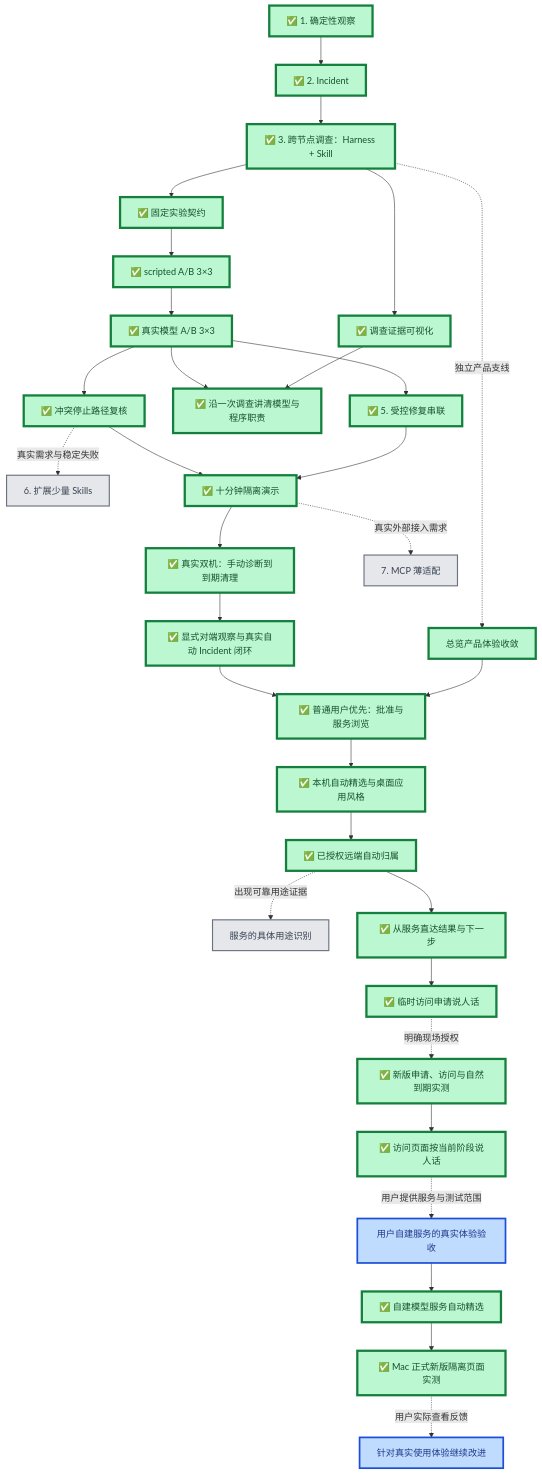
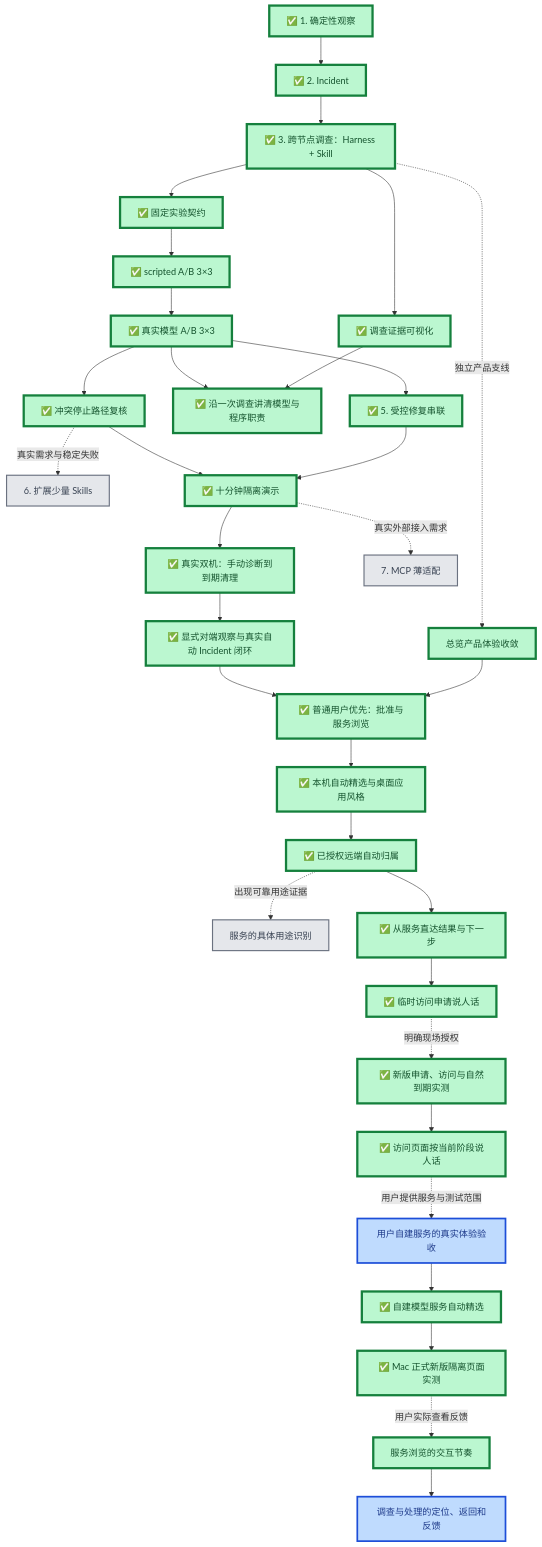
The first of 2 diagrams in docs/project/roadmap.md (Sugarfarmeriod/TunnelMinion), drawn with Mermaid before and after one commit. The commit also changed other lines of this file and 5 other files, not shown here.

````diff
--- a/docs/project/roadmap.md
+++ b/docs/project/roadmap.md
@@ -8,58 +8,60 @@
 ```mermaid
 flowchart TB
     A["✅ 1. 确定性观察"] --> B["✅ 2. Incident"]
     B --> C["✅ 3. 跨节点调查：Harness + Skill"]
 
     C --> D1["✅ 固定实验契约"]
     D1 --> D2["✅ scripted A/B 3×3"]
     D2 --> D3["✅ 真实模型 A/B 3×3"]
 
     D3 --> E["✅ 5. 受控修复串联"]
     C --> V["✅ 调查证据可视化"]
     V --> W["✅ 沿一次调查讲清模型与程序职责"]
     D3 --> W
     D3 --> F["✅ 冲突停止路径复核"]
     F -.真实需求与稳定失败.-> K["6. 扩展少量 Skills"]
     E --> H["✅ 十分钟隔离演示"]
     F --> H
     H --> R["✅ 真实双机：手动诊断到到期清理"]
     R --> I["✅ 显式对端观察与真实自动 Incident 闭环"]
     H -.真实外部接入需求.-> G["7. MCP 薄适配"]
 
     C -.独立产品支线.-> U["总览产品体验收敛"]
     U --> P["✅ 普通用户优先：批准与服务浏览"]
     I --> P
     P --> Q["✅ 本机自动精选与桌面应用风格"]
     Q --> Q2["✅ 已授权远端自动归属"]
     Q2 -.出现可靠用途证据.-> Q3["服务的具体用途识别"]
     Q2 --> Q4["✅ 从服务直达结果与下一步"]
     Q4 --> Q5["✅ 临时访问申请说人话"]
     Q5 -.明确现场授权.-> Q6["✅ 新版申请、访问与自然到期实测"]
     Q6 --> Q7["✅ 访问页面按当前阶段说人话"]
     Q7 -.用户提供服务与测试范围.-> Q8["用户自建服务的真实体验验收"]
     Q8 --> Q9["✅ 自建模型服务自动精选"]
     Q9 --> Q10["✅ Mac 正式新版隔离页面实测"]
-    Q10 -.用户实际查看反馈.-> Q11["针对真实使用体验继续改进"]
+    Q10 -.用户实际查看反馈.-> Q11["服务浏览的交互节奏"]
+    Q11 --> Q12["调查与处理的定位、返回和反馈"]
 
     classDef done fill:#bbf7d0,stroke:#15803d,stroke-width:4px,color:#14532d;
     classDef current fill:#fde68a,stroke:#b45309,stroke-width:5px,color:#78350f;
     classDef next fill:#bfdbfe,stroke:#1d4ed8,stroke-width:3px,color:#1e3a8a;
     classDef later fill:#e5e7eb,stroke:#6b7280,stroke-width:2px,color:#374151;
     class A,B,C,D1,D2,D3,E,F,H,R,V done;
     class U done;
     class W done;
     class I done;
     class G,K later;
     class P done;
     class Q done;
     class Q2 done;
     class Q3 later;
     class Q4 done;
     class Q5 done;
     class Q6 done;
     class Q7 done;
     class Q8 next;
     class Q9 done;
     class Q10 done;
-    class Q11 next;
+    class Q11 done;
+    class Q12 next;
 ```
````
